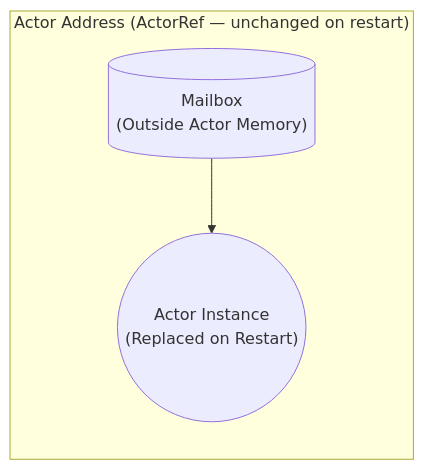
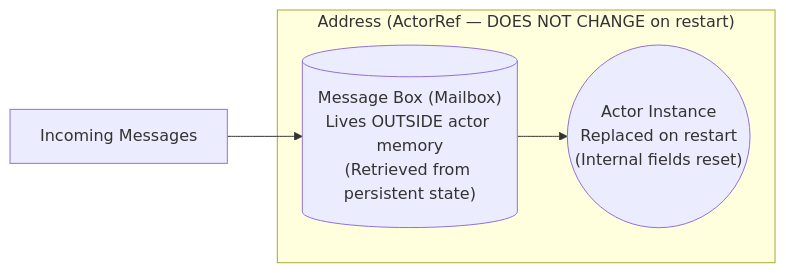
One commit to Marco-Was-Taken/nsds changed the second of 2 diagrams in notes/Akka_Lecture_Notes.md. Above: the diagram before and after it, drawn with Mermaid. The commit also changed other lines of this file and 4 other files, not shown here.

````diff
--- a/notes/Akka_Lecture_Notes.md
+++ b/notes/Akka_Lecture_Notes.md
@@ -235,6 +323,7 @@
 ```mermaid
 flowchart LR
-    subgraph Address["Actor Address (ActorRef — unchanged on restart)"]
-        MB[("Mailbox\n(Outside Actor Memory)")] --> Act(("Actor Instance\n(Replaced on Restart)"))
+    Incoming["Incoming Messages"] --> MB
+    subgraph Addr["Address (ActorRef — DOES NOT CHANGE on restart)"]
+        MB[("Message Box (Mailbox)\nLives OUTSIDE actor memory\n(Retrieved from persistent state)")] --> Act(("Actor Instance\nReplaced on restart\n(Internal fields reset)"))
     end
 ```
````
